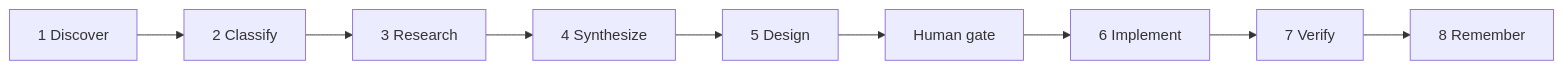
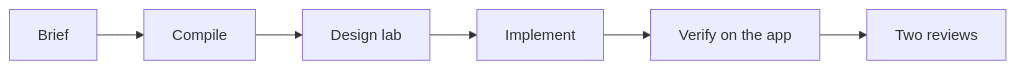
The first of 8 diagrams in README.md (mahik504/orchestra-workflow), drawn with Mermaid before and after one commit. The commit also changed other lines of this file and 312 other files, not shown here.

````diff
--- a/README.md
+++ b/README.md
@@ -45,13 +37,8 @@
 ```mermaid
 flowchart LR
-  discover[1 Discover]
-  classify[2 Classify]
-  research[3 Research]
-  synth[4 Synthesize]
-  design[5 Design]
-  gate[Human gate]
-  implement[6 Implement]
-  verify[7 Verify]
-  remember[8 Remember]
-  discover --> classify --> research --> synth --> design --> gate --> implement --> verify --> remember
+  brief[Brief] --> compile[Compile]
+  compile --> lab[Design lab]
+  lab --> build[Implement]
+  build --> verify[Verify on the app]
+  verify --> review[Two reviews]
 ```
````
